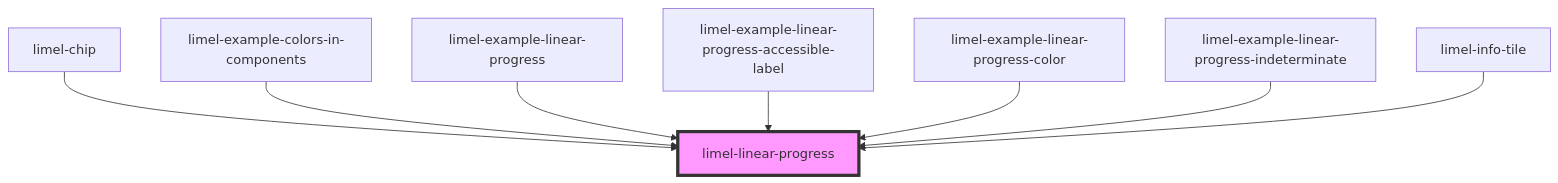
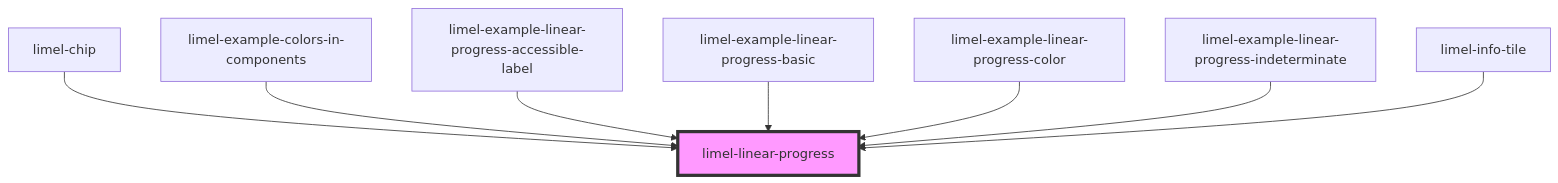
The diagram in versions/PR-3981/markdown-docs/components/linear-progress/readme.md (Lundalogik/lime-elements), drawn with Mermaid before and after one commit. The commit also changed other lines of this file and 211 other files, not shown here.

````diff
--- a/versions/PR-3981/markdown-docs/components/linear-progress/readme.md
+++ b/versions/PR-3981/markdown-docs/components/linear-progress/readme.md
@@ -33,11 +33,11 @@
 ```mermaid
 graph TD;
   limel-chip --> limel-linear-progress
   limel-example-colors-in-components --> limel-linear-progress
-  limel-example-linear-progress --> limel-linear-progress
   limel-example-linear-progress-accessible-label --> limel-linear-progress
+  limel-example-linear-progress-basic --> limel-linear-progress
   limel-example-linear-progress-color --> limel-linear-progress
   limel-example-linear-progress-indeterminate --> limel-linear-progress
   limel-info-tile --> limel-linear-progress
   style limel-linear-progress fill:#f9f,stroke:#333,stroke-width:4px
 ```
````
